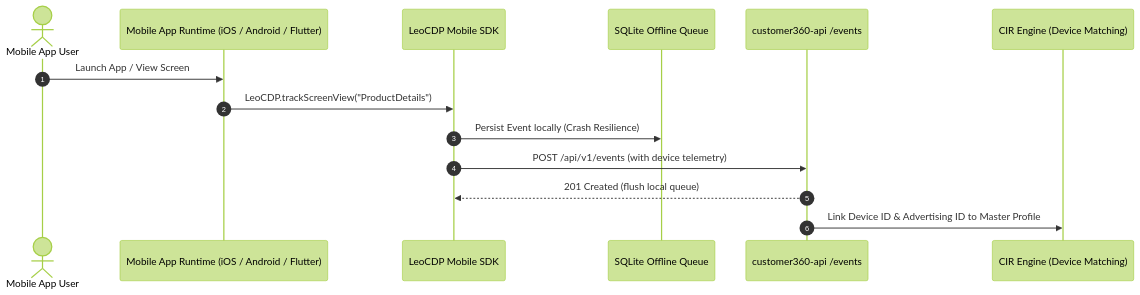
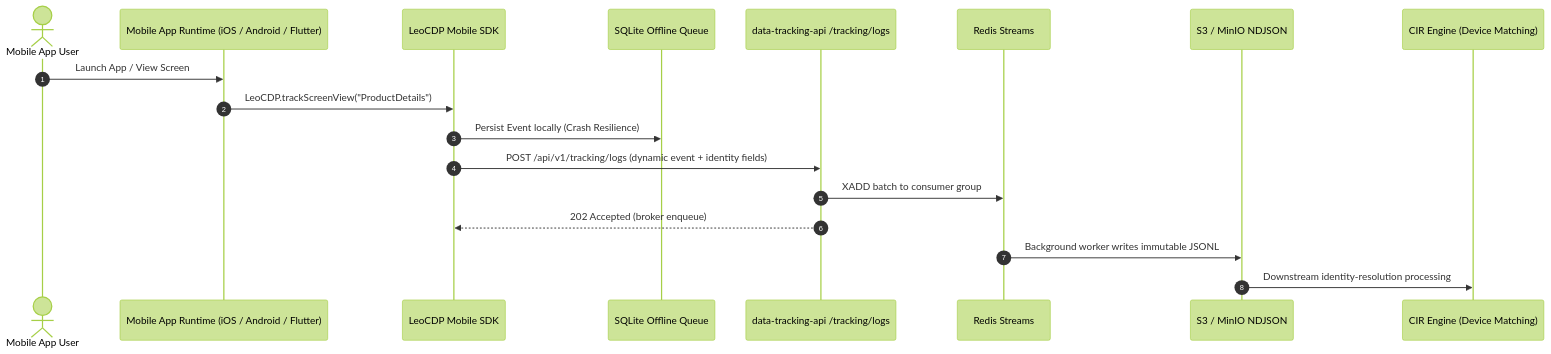
One commit to LEO-CDP/leo-customer360 changed the diagram in docs/data-sources/5-mobile-sdk-tracking.md. Above: the diagram before and after it, drawn with Mermaid (forest theme). The commit also changed 29 other files, not shown here.

Commit message:
refactoring code, use Redis Stream for API log tracking

````diff
--- a/docs/data-sources/5-mobile-sdk-tracking.md
+++ b/docs/data-sources/5-mobile-sdk-tracking.md
@@ -7,17 +7,21 @@
 ```mermaid
 sequenceDiagram
     autonumber
     actor User as Mobile App User
     participant App as Mobile App Runtime (iOS / Android / Flutter)
     participant SDK as LeoCDP Mobile SDK
     participant Storage as SQLite Offline Queue
-    participant API as customer360-api /events
+    participant API as data-tracking-api /tracking/logs
+    participant Queue as Redis Streams
+    participant ObjectStore as S3 / MinIO NDJSON
     participant CIR as CIR Engine (Device Matching)
 
     User->>App: Launch App / View Screen
     App->>SDK: LeoCDP.trackScreenView("ProductDetails")
     SDK->>Storage: Persist Event locally (Crash Resilience)
-    SDK->>API: POST /api/v1/events (with device telemetry)
-    API-->>SDK: 201 Created (flush local queue)
-    API->>CIR: Link Device ID & Advertising ID to Master Profile
+    SDK->>API: POST /api/v1/tracking/logs (dynamic event + identity fields)
+    API->>Queue: XADD batch to consumer group
+    API-->>SDK: 202 Accepted (broker enqueue)
+    Queue->>ObjectStore: Background worker writes immutable JSONL
+    ObjectStore->>CIR: Downstream identity-resolution processing
 ```
````
